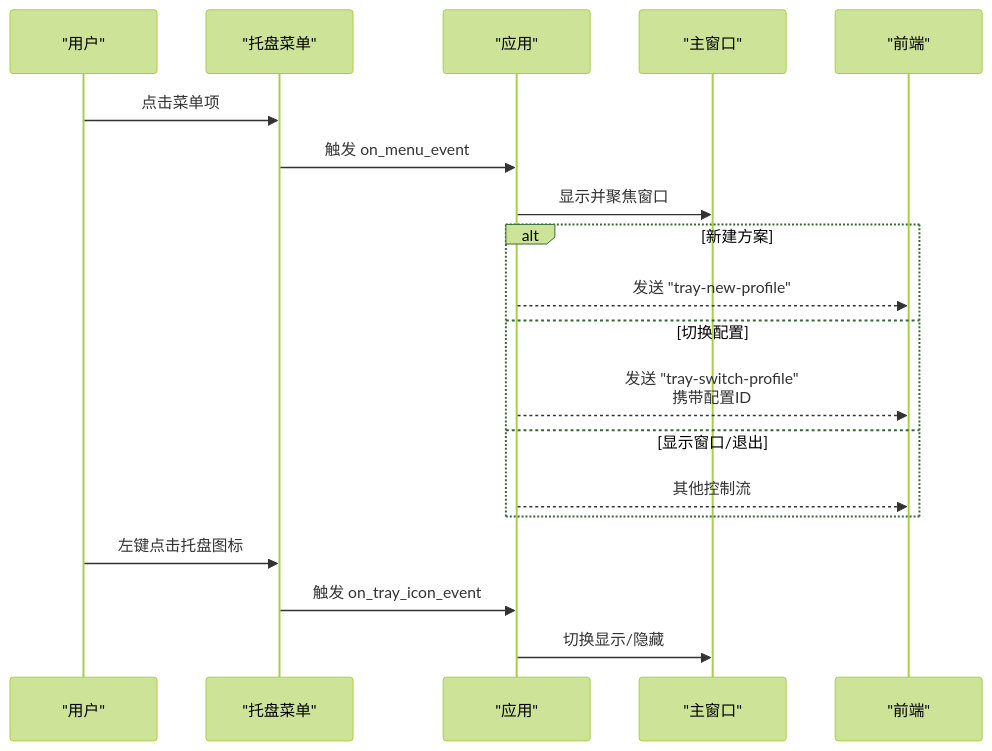
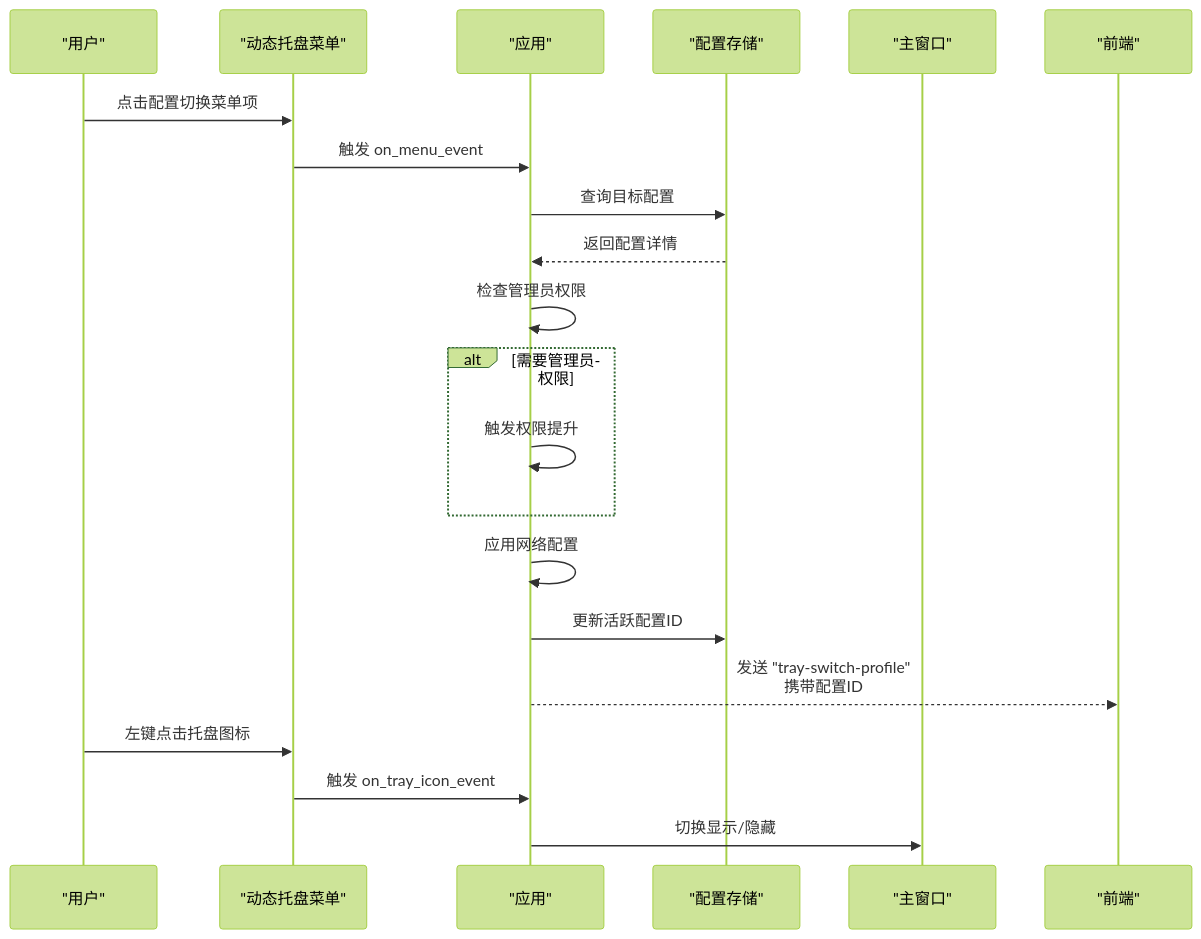
One commit to xdongliang/IPSwitcher changed the third of 8 diagrams in .qoder/repowiki/zh/content/系统集成/系统集成.md. Above: the diagram before and after it, drawn with Mermaid (forest theme). The commit also changed other lines of this file and 22 other files, not shown here.

````diff
--- a/.qoder/repowiki/zh/content/系统集成/系统集成.md
+++ b/.qoder/repowiki/zh/content/系统集成/系统集成.md
@@ -127,21 +144,23 @@
 ```mermaid
 sequenceDiagram
 participant User as "用户"
-participant Tray as "托盘菜单"
+participant Tray as "动态托盘菜单"
 participant App as "应用"
+participant Store as "配置存储"
 participant Win as "主窗口"
 participant FE as "前端"
-User->>Tray : 点击菜单项
+User->>Tray : 点击配置切换菜单项
 Tray->>App : 触发 on_menu_event
-App->>Win : 显示并聚焦窗口
-alt 新建方案
-App-->>FE : 发送 "tray-new-profile"
-else 切换配置
+App->>Store : 查询目标配置
+Store-->>App : 返回配置详情
+App->>App : 检查管理员权限
+alt 需要管理员权限
+App->>App : 触发权限提升
+end
+App->>App : 应用网络配置
+App->>Store : 更新活跃配置ID
 App-->>FE : 发送 "tray-switch-profile"<br/>携带配置ID
-else 显示窗口/退出
-App-->>FE : 其他控制流
-end
 User->>Tray : 左键点击托盘图标
 Tray->>App : 触发 on_tray_icon_event
 App->>Win : 切换显示/隐藏
 ```
````
